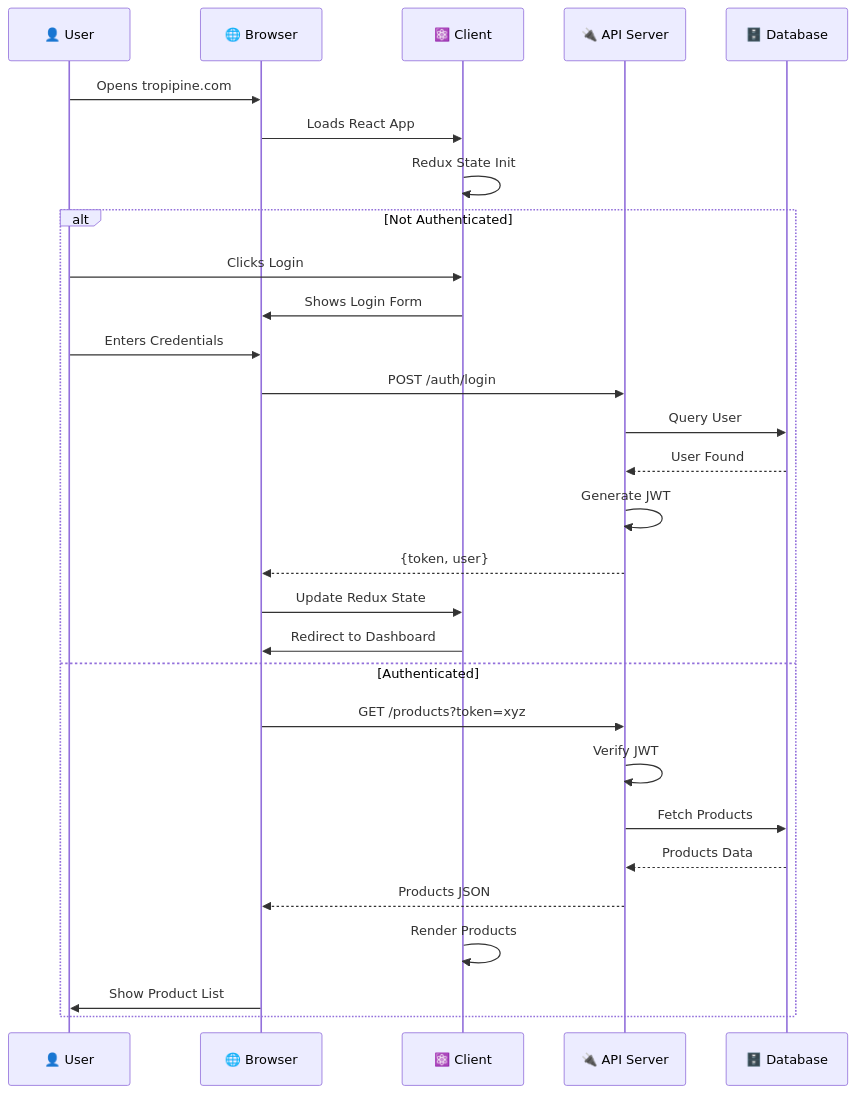
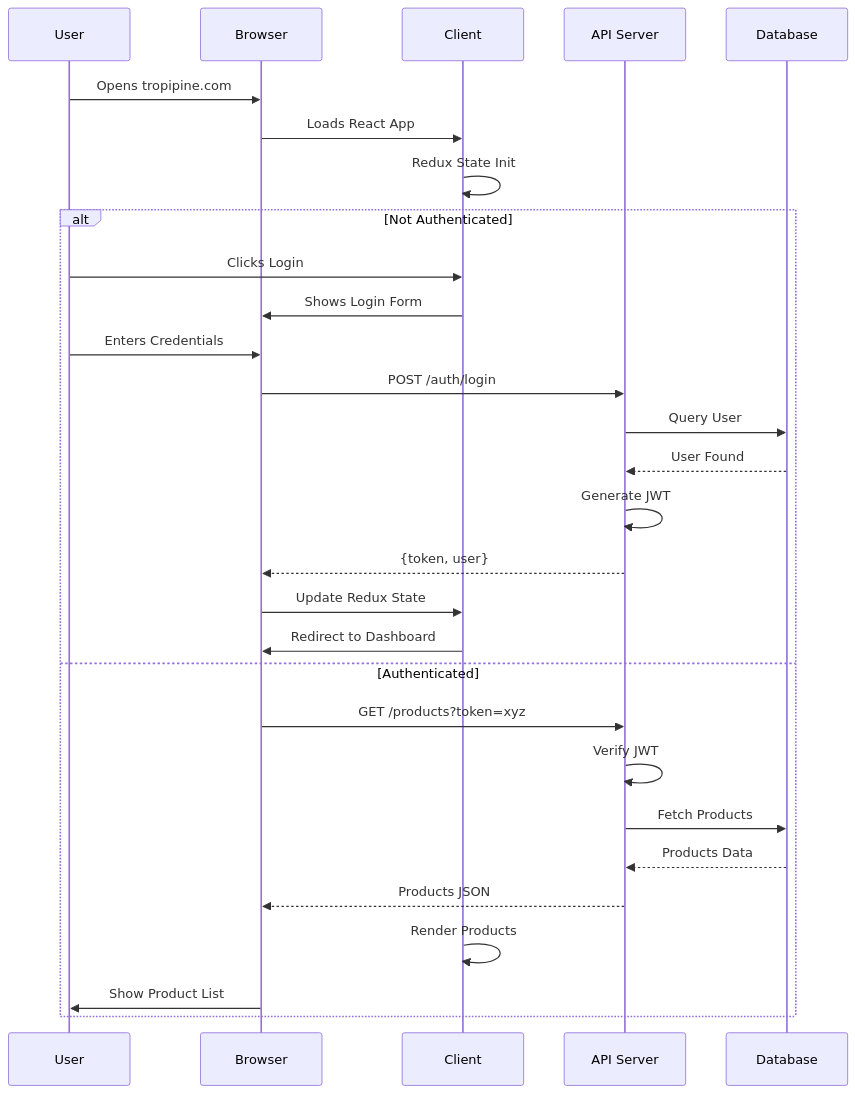
The third of 5 diagrams in README.md (Antuchakma/tropipine), drawn with Mermaid before and after one commit. The commit also changed other lines of this file and 41 other files, not shown here.

````diff
--- a/README.md
+++ b/README.md
@@ -204,33 +204,33 @@
 ```mermaid
 sequenceDiagram
-    participant User as 👤 User
-    participant Browser as 🌐 Browser
-    participant Client as ⚛️ Client
-    participant API as 🔌 API Server
-    participant DB as 🗄️ Database
-    
+    participant User as  User
+    participant Browser as  Browser
+    participant Client as  Client
+    participant API as  API Server
+    participant DB as  Database
+
     User->>Browser: Opens tropipine.com
     Browser->>Client: Loads React App
     Client->>Client: Redux State Init
-    
+
     alt Not Authenticated
         User->>Client: Clicks Login
         Client->>Browser: Shows Login Form
         User->>Browser: Enters Credentials
         Browser->>API: POST /auth/login
         API->>DB: Query User
         DB-->>API: User Found
         API->>API: Generate JWT
         API-->>Browser: {token, user}
         Browser->>Client: Update Redux State
         Client->>Browser: Redirect to Dashboard
     else Authenticated
         Browser->>API: GET /products?token=xyz
         API->>API: Verify JWT
         API->>DB: Fetch Products
         DB-->>API: Products Data
         API-->>Browser: Products JSON
         Client->>Client: Render Products
         Browser->>User: Show Product List
     end
 ```
````
